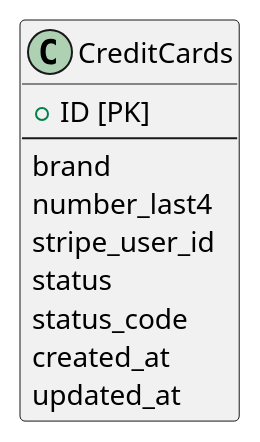
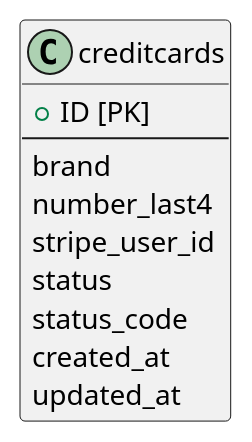
The diagram in db/CreditCards.pu (mybz-inc/sneaker), drawn with PlantUML before and after one commit. The commit also changed 5 other files, not shown here.

```diff
--- a/db/CreditCards.pu
+++ b/db/CreditCards.pu
@@ -1,11 +1,13 @@
-class CreditCards {
+@startuml creditcards
+class creditcards {
   + ID [PK]
   --
   brand
   number_last4
   stripe_user_id
   status
   status_code
   created_at
   updated_at
 }
+@enduml
```
